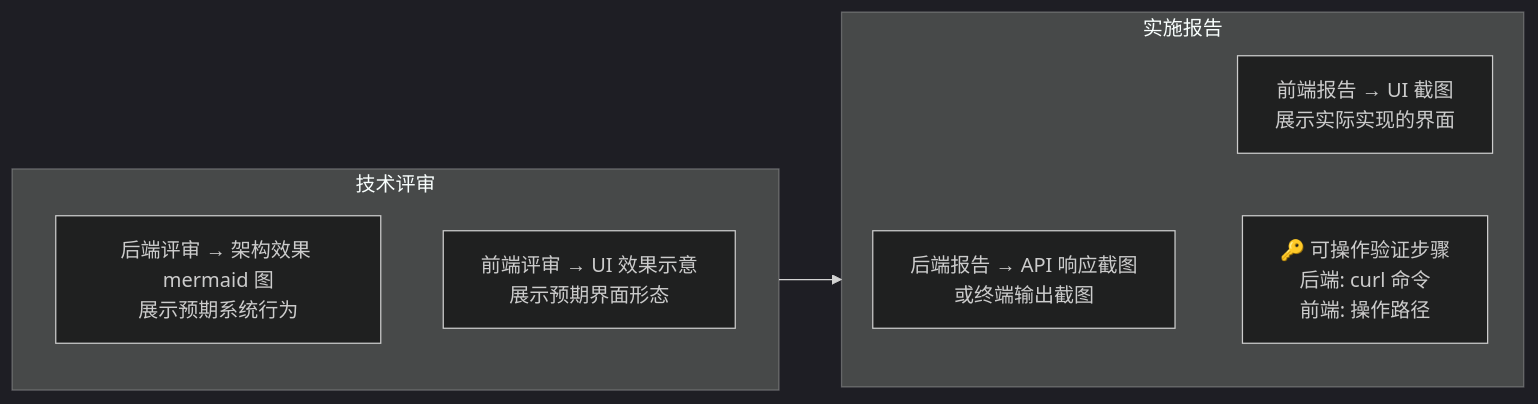
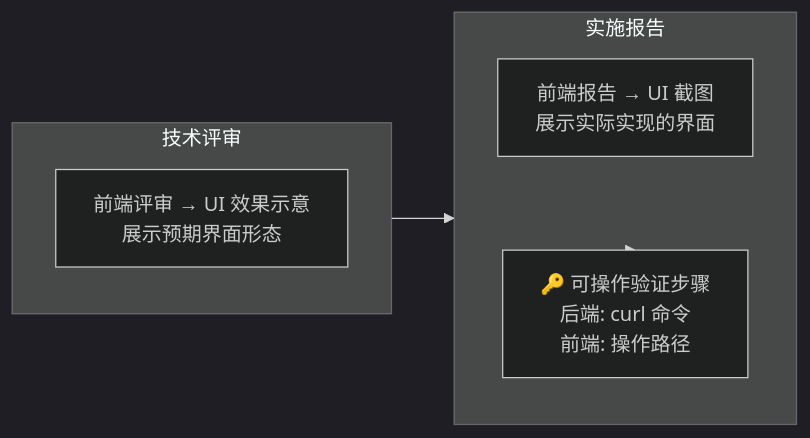
Before and after one commit to effiy/YrY: the eighth of 11 diagrams in rules/doc-generation.md, drawn with Mermaid (dark theme). The commit also changed other lines of this file and 1 other file, not shown here.

First line of the commit message:
fix: quote --no-send? label in rui-bot mermaid diagram + add M3a rule

````diff
--- a/rules/doc-generation.md
+++ b/rules/doc-generation.md
@@ -354,14 +379,15 @@
 ```mermaid
 flowchart LR
     subgraph 评审["技术评审"]
-        R1["后端评审 → 架构效果 mermaid 图<br/>展示预期系统行为"]:::review
+        direction TB
         R2["前端评审 → UI 效果示意<br/>展示预期界面形态"]:::review
     end
     subgraph 报告["实施报告"]
-        P1["后端报告 → API 响应截图<br/>或终端输出截图"]:::report
+        direction TB
         P2["前端报告 → UI 截图<br/>展示实际实现的界面"]:::report
         P3["🔑 可操作验证步骤<br/>后端: curl 命令<br/>前端: 操作路径"]:::must
     end
     评审 --> 报告 --> P3
 
+
 ```
````
